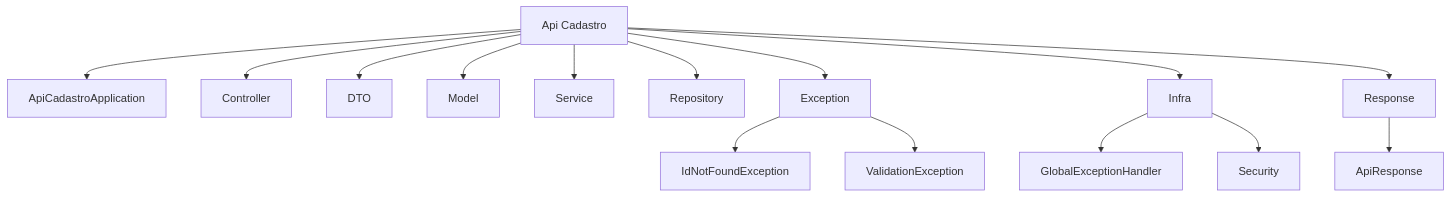
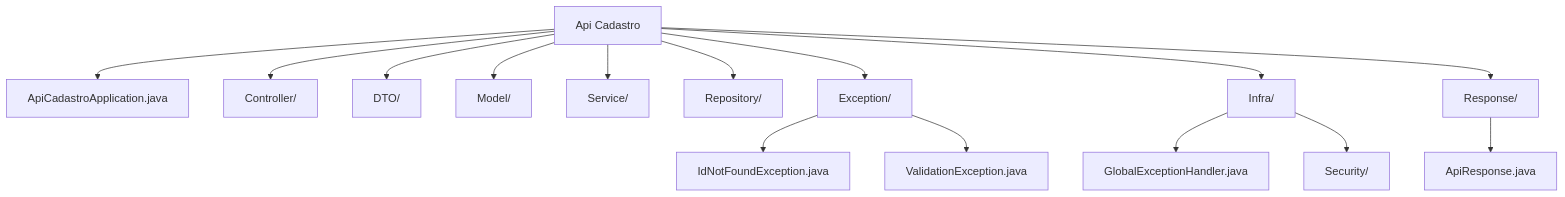
Before and after one commit to TCC-Ciencia-da-Comp/Grade_Maker: the diagram in README.md, drawn with Mermaid.

````diff
--- a/README.md
+++ b/README.md
@@ -1,20 +1,20 @@
 ```mermaid
 graph TD
-    A[Api Cadastro] --> B[ApiCadastroApplication]
-    A --> C[Controller]
-    A --> D[DTO]
-    A --> E[Model]
-    A --> F[Service]
-    A --> G[Repository]
-    A --> H[Exception]
-    A --> I[Infra]
-    A --> J[Response]
+    A[Api Cadastro] --> B[ApiCadastroApplication.java]
+    A --> C[Controller/]
+    A --> D[DTO/]
+    A --> E[Model/]
+    A --> F[Service/]
+    A --> G[Repository/]
+    A --> H[Exception/]
+    A --> I[Infra/]
+    A --> J[Response/]
 
-    H --> HA[IdNotFoundException]
-    H --> HB[ValidationException]
+    H --> HA[IdNotFoundException.java]
+    H --> HB[ValidationException.java]
 
-    I --> IA[GlobalExceptionHandler]
-    I --> IB[Security]
+    I --> IA[GlobalExceptionHandler.java]
+    I --> IB[Security/]
 
-    J --> JA[ApiResponse]
+    J --> JA[ApiResponse.java]
 ```
````
